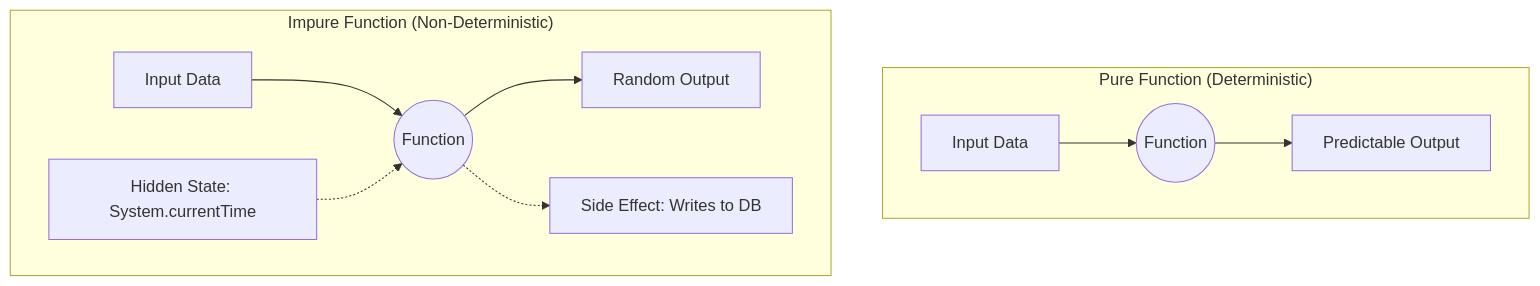
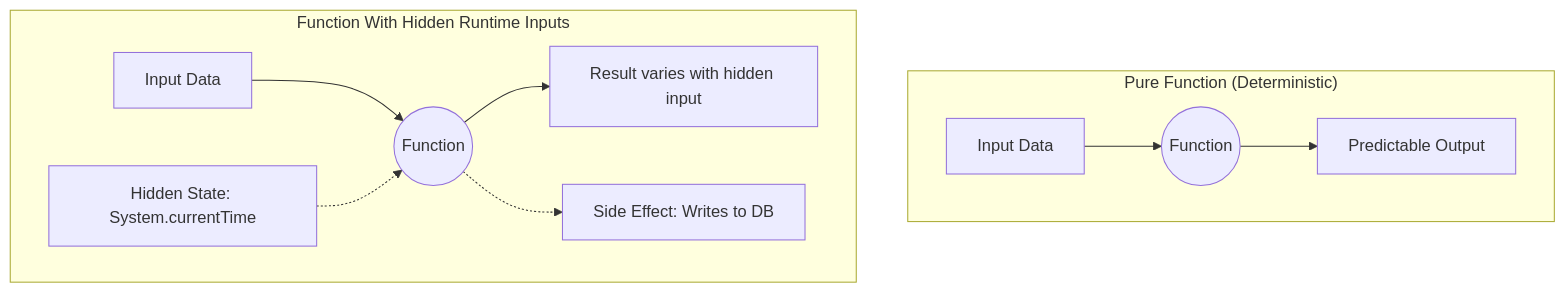
The diagram in principles/determinism.md (swarnsingh/android-staff-engineer-playbook-website), drawn with Mermaid before and after one commit. The commit also changed other lines of this file and 27 other files, not shown here.

````diff
--- a/principles/determinism.md
+++ b/principles/determinism.md
@@ -85,14 +87,14 @@
 ```mermaid
 graph TD
     subgraph "Pure Function (Deterministic)"
         In1[Input Data] --> F1((Function))
         F1 --> Out1[Predictable Output]
     end
     
-    subgraph "Impure Function (Non-Deterministic)"
+    subgraph "Function With Hidden Runtime Inputs"
         In2[Input Data] --> F2((Function))
         Time[Hidden State: System.currentTime] -.-> F2
-        F2 --> Out2[Random Output]
+        F2 --> Out2[Result varies with hidden input]
         F2 -.-> SideEffect[Side Effect: Writes to DB]
     end
 ```
````
